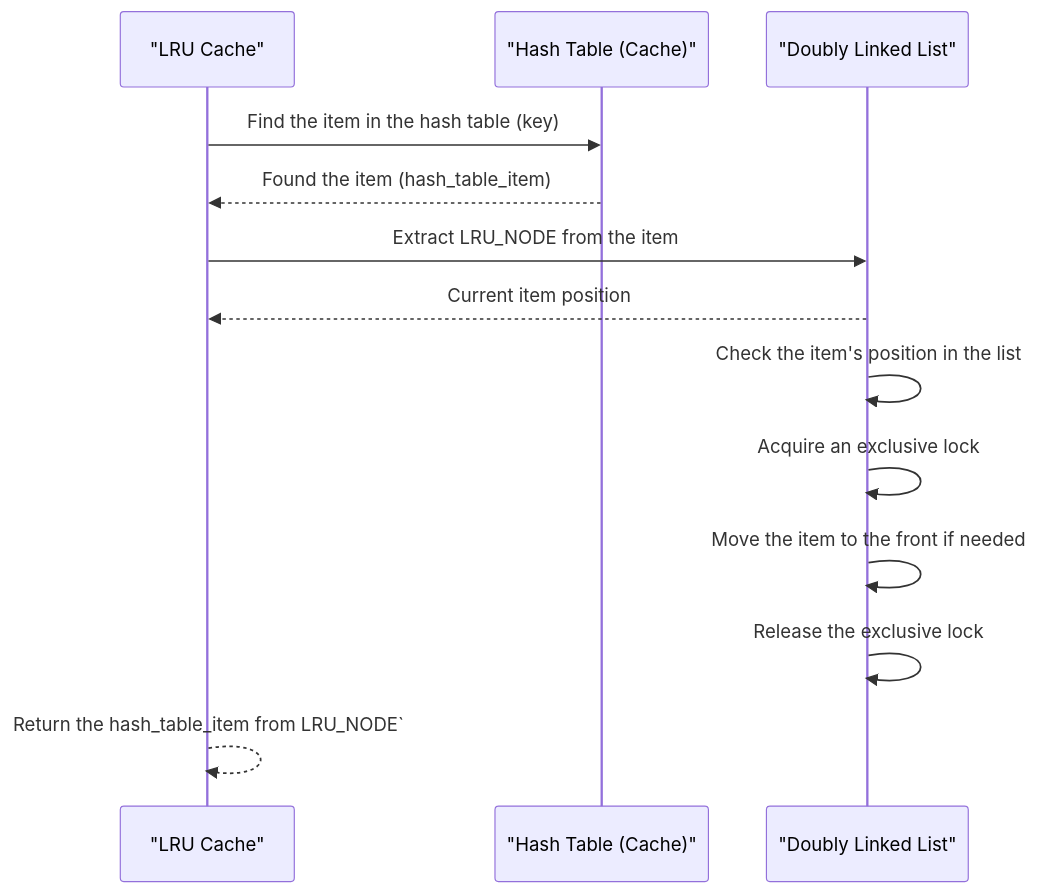
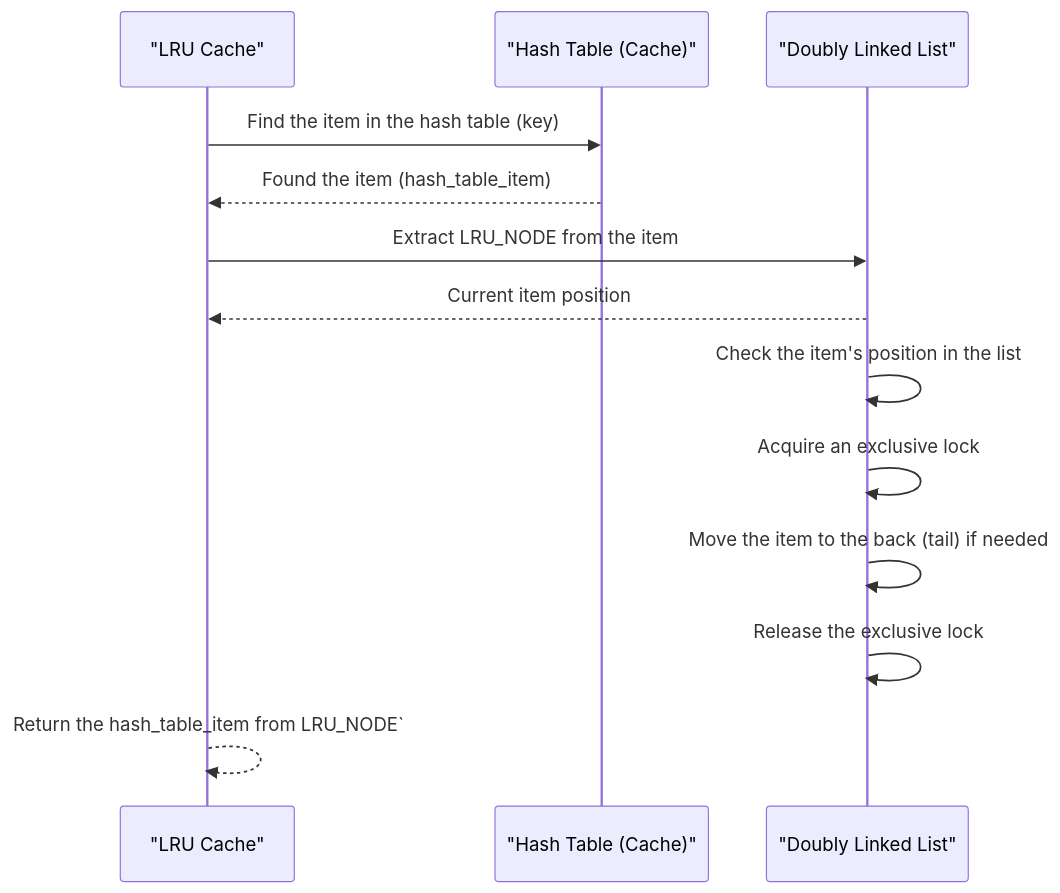
One commit to Azure/clds changed the third of 3 diagrams in devdoc/lru_cache_design.md. Above: the diagram before and after it, drawn with Mermaid. The commit also changed other lines of this file and 4 other files, not shown here.

````diff
--- a/devdoc/lru_cache_design.md
+++ b/devdoc/lru_cache_design.md
@@ -102,15 +122,15 @@
 ```mermaid
 sequenceDiagram
     participant Cache as "LRU Cache"
     participant HashTable as "Hash Table (Cache)"
     participant LRUList as "Doubly Linked List"
     Cache ->> HashTable: Find the item in the hash table (key)
     HashTable -->> Cache: Found the item (hash_table_item)
     Cache ->> LRUList: Extract LRU_NODE from the item
     LRUList -->> Cache: Current item position
     LRUList ->> LRUList: Check the item's position in the list
     LRUList ->> LRUList: Acquire an exclusive lock
-    LRUList ->> LRUList: Move the item to the front if needed
+    LRUList ->> LRUList: Move the item to the back (tail) if needed
     LRUList ->> LRUList: Release the exclusive lock
     Cache -->> Cache: Return the hash_table_item from LRU_NODE` 
 ```
````
